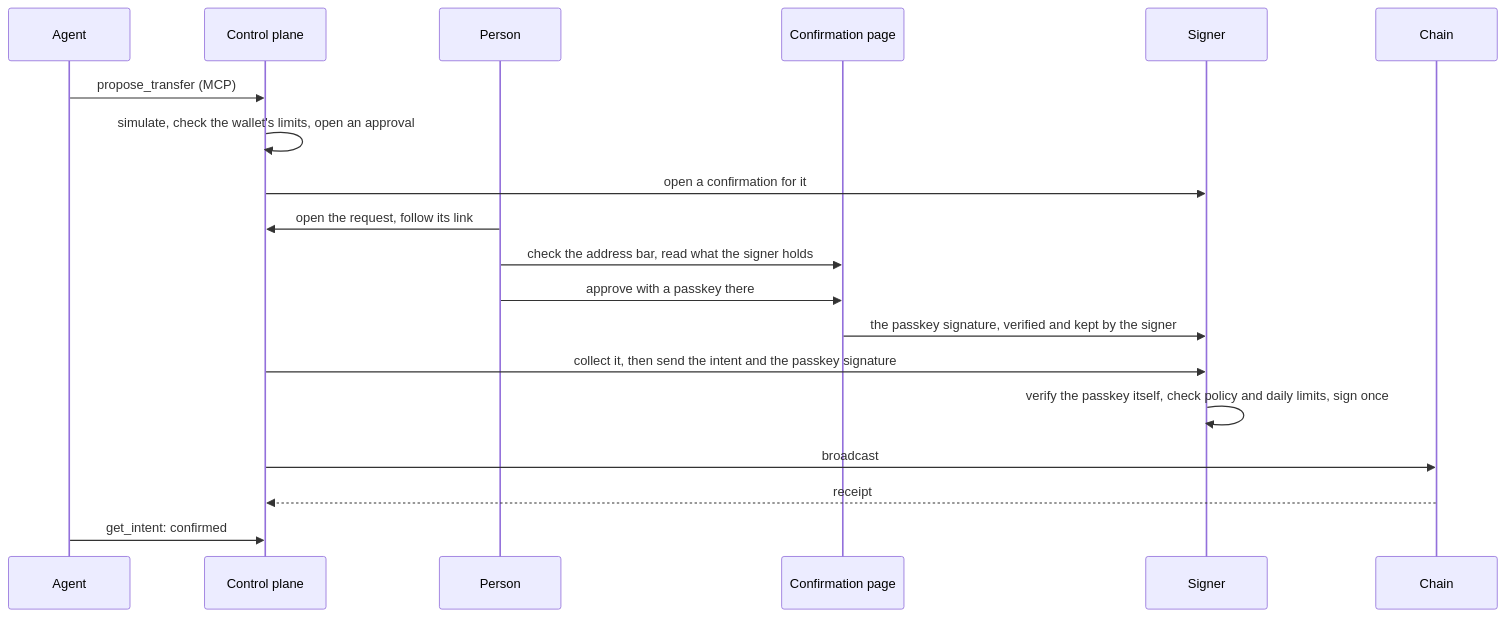
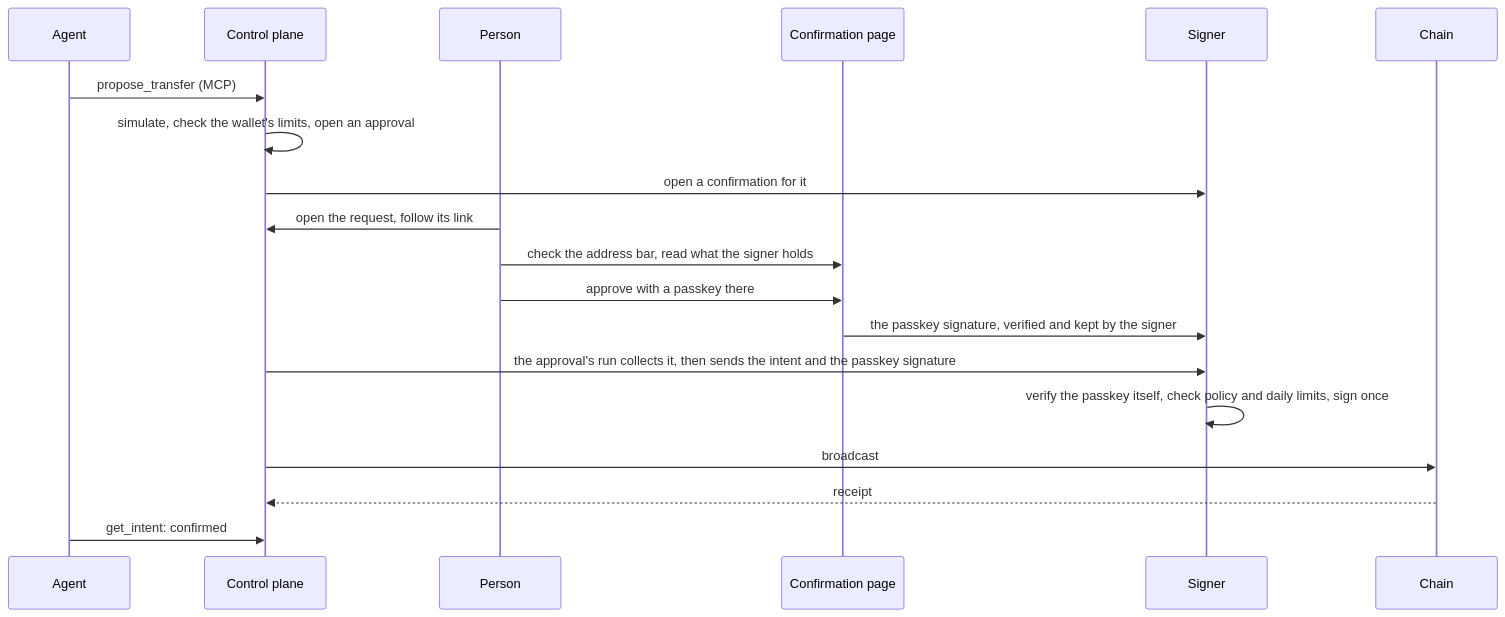
Before and after one commit to askgina/os: the diagram in README.md, drawn with Mermaid. The commit also changed other lines of this file and 37 other files, not shown here.

````diff
--- a/README.md
+++ b/README.md
@@ -45,21 +70,21 @@
 ```mermaid
 sequenceDiagram
   participant A as Agent
   participant S as Control plane
   participant P as Person
   participant Q as Confirmation page
   participant G as Signer
   participant C as Chain
   A->>S: propose_transfer (MCP)
   S->>S: simulate, check the wallet's limits, open an approval
   S->>G: open a confirmation for it
   P->>S: open the request, follow its link
   P->>Q: check the address bar, read what the signer holds
   P->>Q: approve with a passkey there
   Q->>G: the passkey signature, verified and kept by the signer
-  S->>G: collect it, then send the intent and the passkey signature
+  S->>G: the approval's run collects it, then sends the intent and the passkey signature
   G->>G: verify the passkey itself, check policy and daily limits, sign once
   S->>C: broadcast
   C-->>S: receipt
   A->>S: get_intent: confirmed
 ```
````
